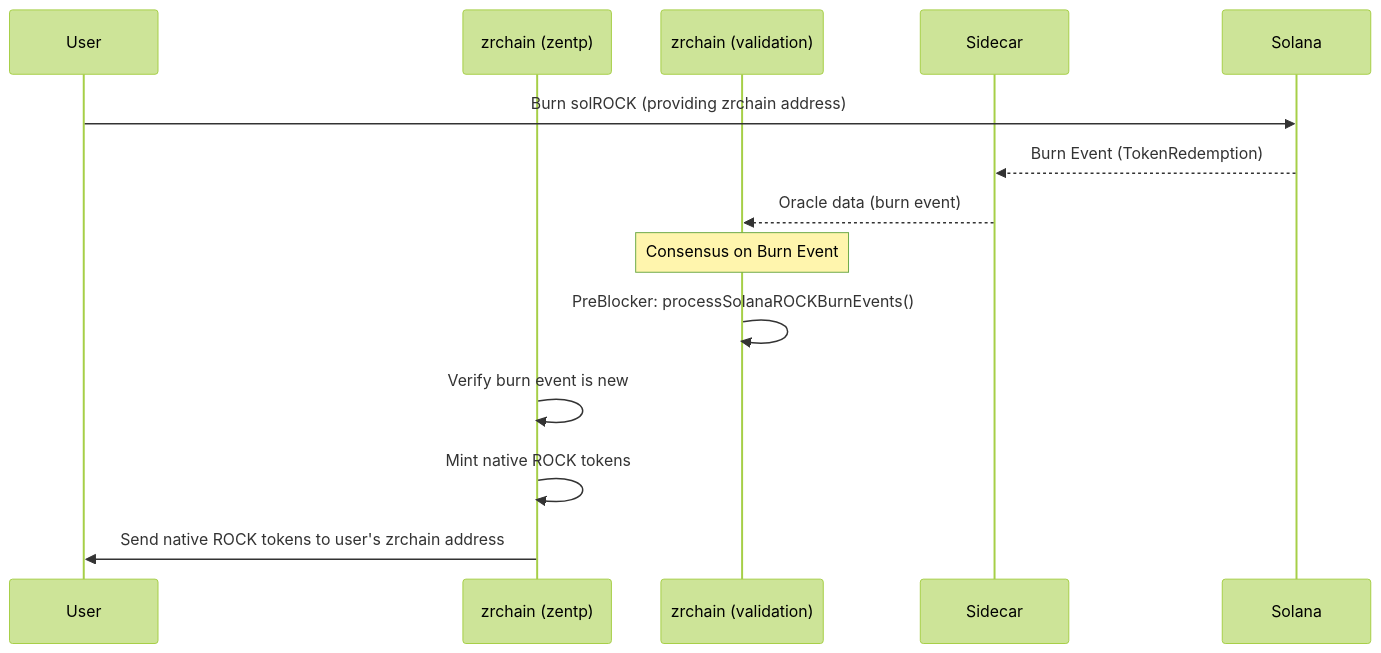
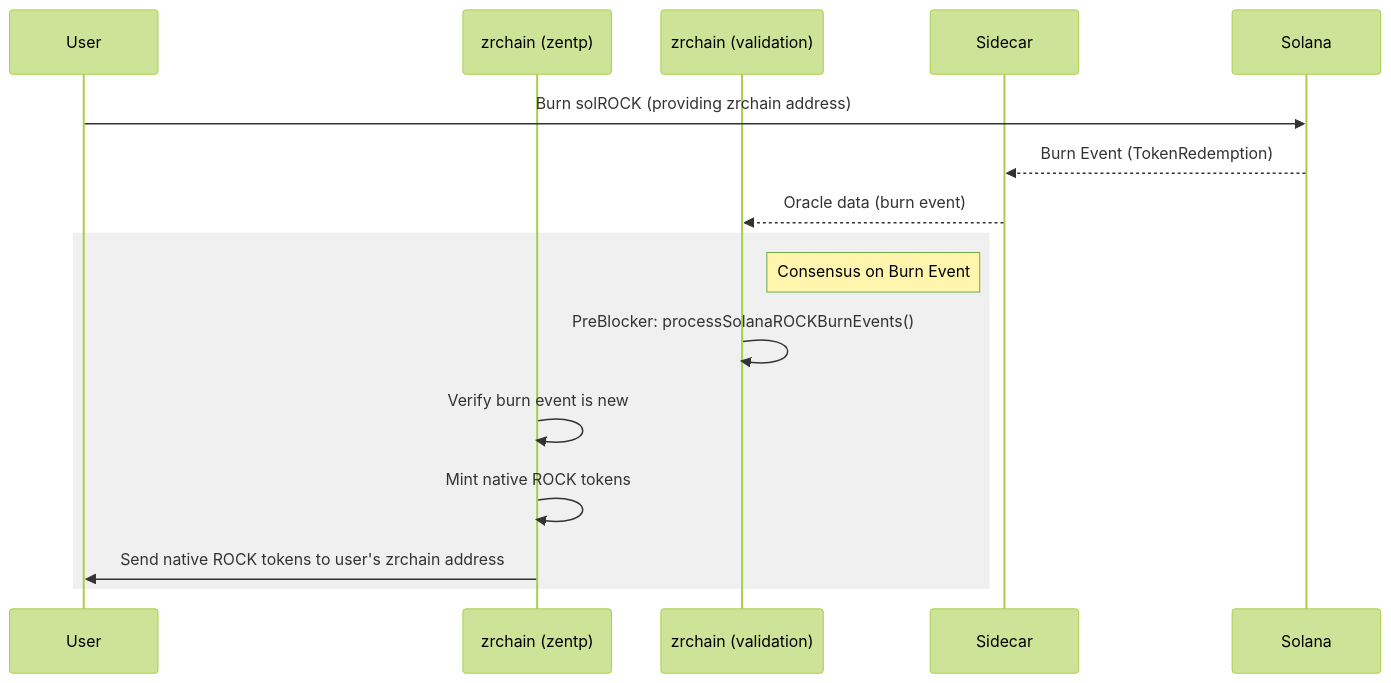
The fourth of 4 diagrams in docs/README.md (zenrocklabs/zrchain), drawn with Mermaid (forest theme) before and after one commit. The commit also changed other lines of this file, not shown here.

````diff
--- a/docs/README.md
+++ b/docs/README.md
@@ -157,18 +174,20 @@
 ```mermaid
 sequenceDiagram
     participant User
     participant zrchain as zrchain (zentp)
     participant zrchain_val as zrchain (validation)
     participant Sidecar
     participant Solana
 
     User->>Solana: Burn solROCK (providing zrchain address)
     Solana-->>Sidecar: Burn Event (TokenRedemption)
     Sidecar-->>zrchain_val: Oracle data (burn event)
 
-    Note over zrchain_val: Consensus on Burn Event
+    rect rgb(240, 240, 240)
+    Note right of zrchain_val: Consensus on Burn Event
     zrchain_val->>zrchain_val: PreBlocker: processSolanaROCKBurnEvents()
     zrchain->>zrchain: Verify burn event is new
     zrchain->>zrchain: Mint native ROCK tokens
     zrchain->>User: Send native ROCK tokens to user's zrchain address
+    end
 ```
````
